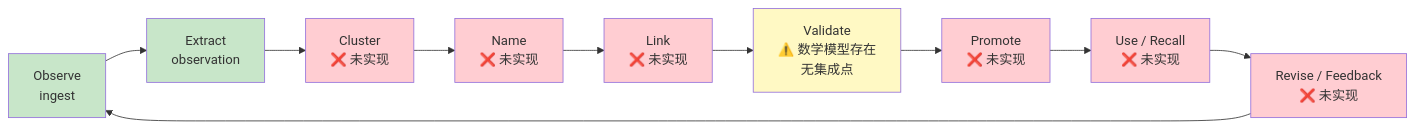
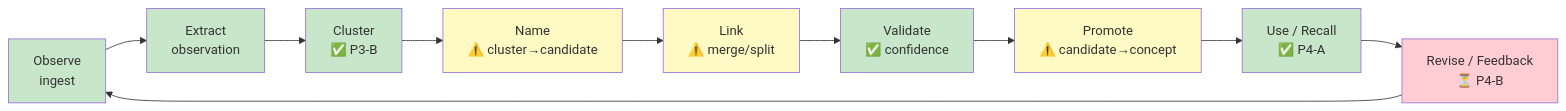
One commit to neostfox/sonny changed the first of 6 diagrams in .ctl/spec/backend/index.md. Above: the diagram before and after it, drawn with Mermaid. The commit also changed other lines of this file and 19 other files, not shown here.

````diff
--- a/.ctl/spec/backend/index.md
+++ b/.ctl/spec/backend/index.md
@@ -16,22 +16,22 @@
 ```mermaid
 flowchart LR
     OBS["Observe<br/>ingest"] --> EXT["Extract<br/>observation"]
-    EXT --> CLT["Cluster<br/>❌ 未实现"]
-    CLT --> NAM["Name<br/>❌ 未实现"]
-    NAM --> LNK["Link<br/>❌ 未实现"]
-    LNK --> VAL["Validate<br/>⚠️ 数学模型存在<br/>无集成点"]
-    VAL --> PRO["Promote<br/>❌ 未实现"]
-    PRO --> USE["Use / Recall<br/>❌ 未实现"]
-    USE --> REV["Revise / Feedback<br/>❌ 未实现"]
+    EXT --> CLT["Cluster<br/>✅ P3-B"]
+    CLT --> NAM["Name<br/>⚠️ cluster→candidate"]
+    NAM --> LNK["Link<br/>⚠️ merge/split"]
+    LNK --> VAL["Validate<br/>✅ confidence"]
+    VAL --> PRO["Promote<br/>⚠️ candidate→concept"]
+    PRO --> USE["Use / Recall<br/>✅ P4-A"]
+    USE --> REV["Revise / Feedback<br/>⏳ P4-B"]
     REV --> OBS
 
     style OBS fill:#c8e6c9
     style EXT fill:#c8e6c9
-    style CLT fill:#ffcdd2
-    style NAM fill:#ffcdd2
-    style LNK fill:#ffcdd2
-    style VAL fill:#fff9c4
-    style PRO fill:#ffcdd2
-    style USE fill:#ffcdd2
+    style CLT fill:#c8e6c9
+    style NAM fill:#fff9c4
+    style LNK fill:#fff9c4
+    style VAL fill:#c8e6c9
+    style PRO fill:#fff9c4
+    style USE fill:#c8e6c9
     style REV fill:#ffcdd2
 ```
````
